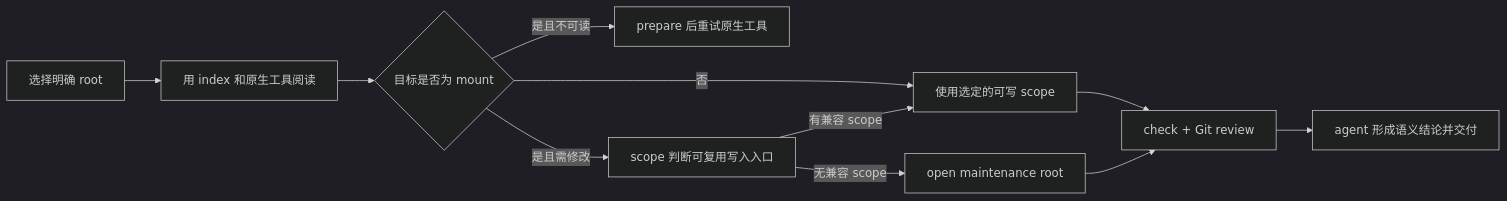
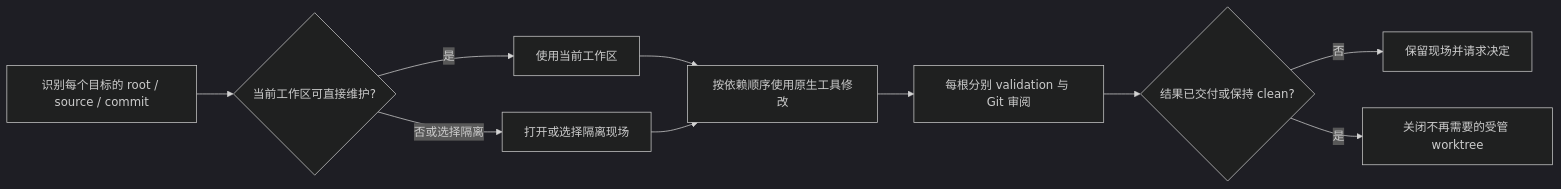
One commit to Viennan/doctidex changed the diagram in docs/doctidex-git/architecture/workflows.md. Above: the diagram before and after it, drawn with Mermaid (dark theme). The commit also changed other lines of this file and 116 other files, not shown here.

````diff
--- a/docs/doctidex-git/architecture/workflows.md
+++ b/docs/doctidex-git/architecture/workflows.md
@@ -262,13 +197,12 @@
 ```mermaid
 flowchart LR
-    A[选择明确 root] --> B[用 index 和原生工具阅读]
-    B --> C{目标是否为 mount}
-    C -->|否| D[使用选定的可写 scope]
-    C -->|是且不可读| E[prepare 后重试原生工具]
-    C -->|是且需修改| F[scope 判断可复用写入入口]
-    F -->|有兼容 scope| D
-    F -->|无兼容 scope| I[open maintenance root]
-    D --> G[check + Git review]
-    I --> G
-    G --> H[agent 形成语义结论并交付]
+    A[识别每个目标的 root / source / commit] --> B{当前工作区可直接维护?}
+    B -->|是| C[使用当前工作区]
+    B -->|否或选择隔离| D[打开或选择隔离现场]
+    C --> E[按依赖顺序使用原生工具修改]
+    D --> E
+    E --> F[每根分别 validation 与 Git 审阅]
+    F --> G{结果已交付或保持 clean?}
+    G -->|否| H[保留现场并请求决定]
+    G -->|是| I[关闭不再需要的受管 worktree]
 ```
````
